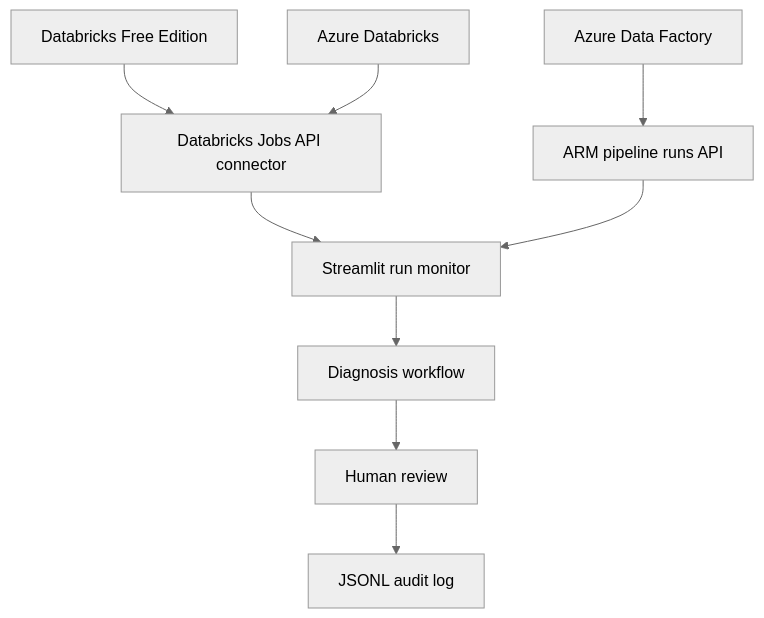
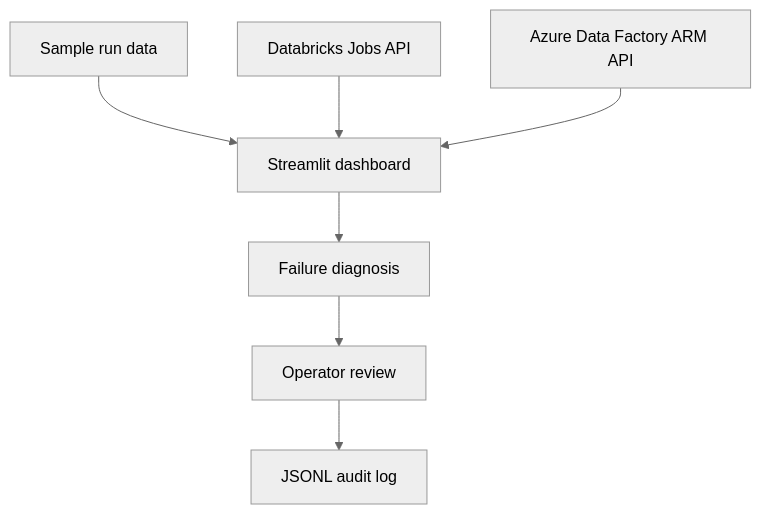
Before and after one commit to swapniltake1/DataPipelineIntelligence: the diagram in README.md, drawn with Mermaid (neutral theme). The commit also changed other lines of this file, not shown here.

````diff
--- a/README.md
+++ b/README.md
@@ -17,11 +20,9 @@
 ```mermaid
 flowchart TD
-    A[Databricks Free Edition] --> C[Databricks Jobs API connector]
-    B[Azure Databricks] --> C
-    D[Azure Data Factory] --> E[ARM pipeline runs API]
-    C --> F[Streamlit run monitor]
-    E --> F
-    F --> G[Diagnosis workflow]
-    G --> H[Human review]
-    H --> I[JSONL audit log]
+    A[Sample run data] --> D[Streamlit dashboard]
+    B[Databricks Jobs API] --> D
+    C[Azure Data Factory ARM API] --> D
+    D --> E[Failure diagnosis]
+    E --> F[Operator review]
+    F --> G[JSONL audit log]
 ```
````
